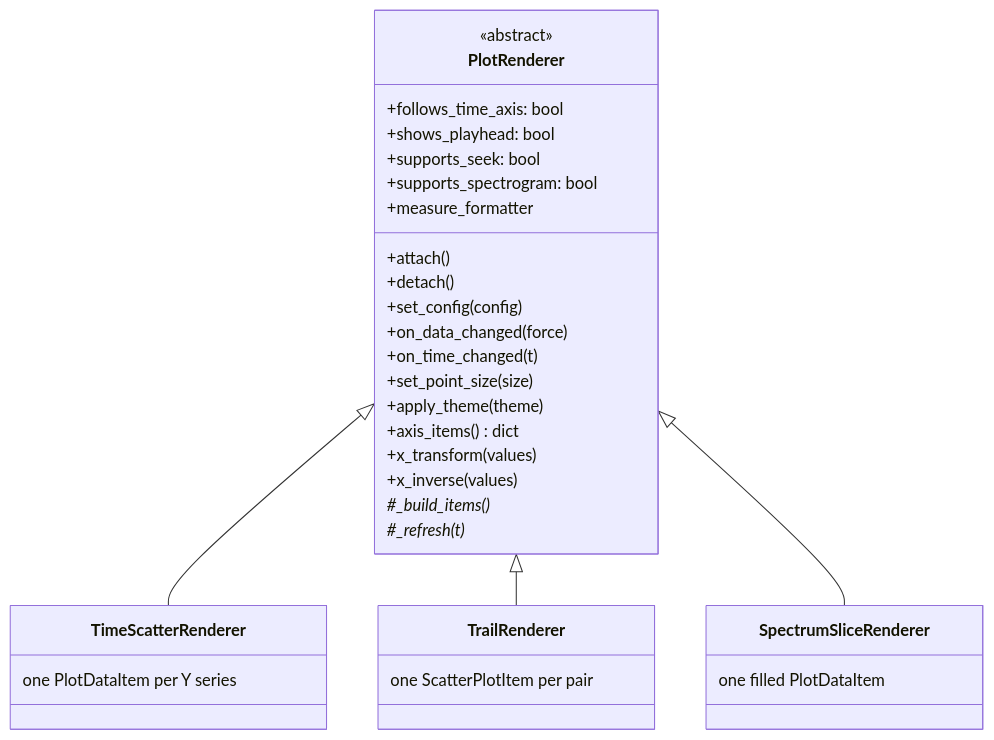
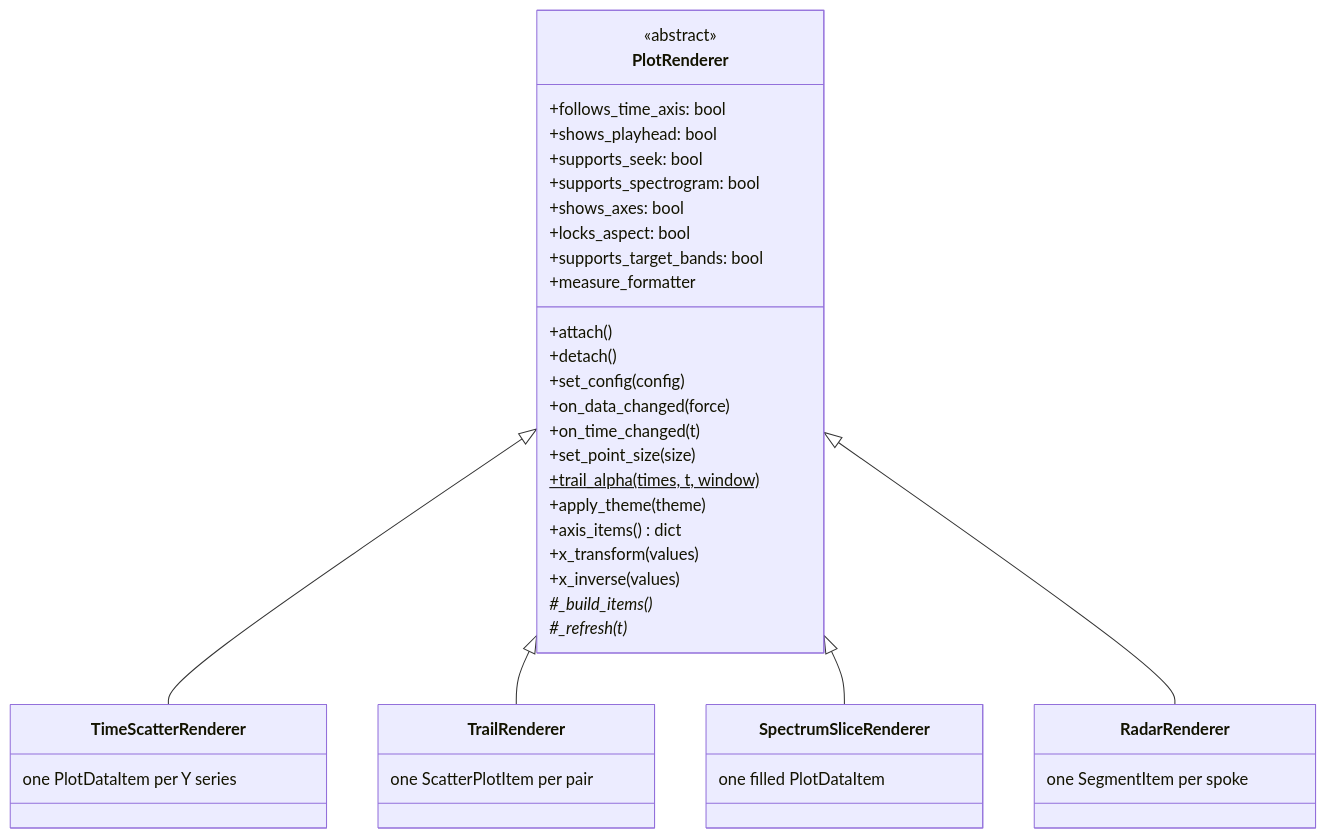
The first of 2 diagrams in src/ui/plot/renderers/README.md (fabstr/voicevis), drawn with Mermaid before and after one commit. The commit also changed other lines of this file and 19 other files, not shown here.

Commit message:
Add radar chart

````diff
--- a/src/ui/plot/renderers/README.md
+++ b/src/ui/plot/renderers/README.md
@@ -9,36 +9,44 @@
 ```mermaid
 classDiagram
     class PlotRenderer {
         <<abstract>>
         +follows_time_axis: bool
         +shows_playhead: bool
         +supports_seek: bool
         +supports_spectrogram: bool
+        +shows_axes: bool
+        +locks_aspect: bool
+        +supports_target_bands: bool
         +measure_formatter
         +attach()
         +detach()
         +set_config(config)
         +on_data_changed(force)
         +on_time_changed(t)
         +set_point_size(size)
+        +trail_alpha(times, t, window)$
         +apply_theme(theme)
         +axis_items() dict
         +x_transform(values)
         +x_inverse(values)
         #_build_items()*
         #_refresh(t)*
     }
     PlotRenderer <|-- TimeScatterRenderer
     PlotRenderer <|-- TrailRenderer
     PlotRenderer <|-- SpectrumSliceRenderer
+    PlotRenderer <|-- RadarRenderer
 
     class TimeScatterRenderer {
         one PlotDataItem per Y series
     }
     class TrailRenderer {
         one ScatterPlotItem per pair
     }
     class SpectrumSliceRenderer {
         one filled PlotDataItem
     }
+    class RadarRenderer {
+        one SegmentItem per spoke
+    }
 ```
````
